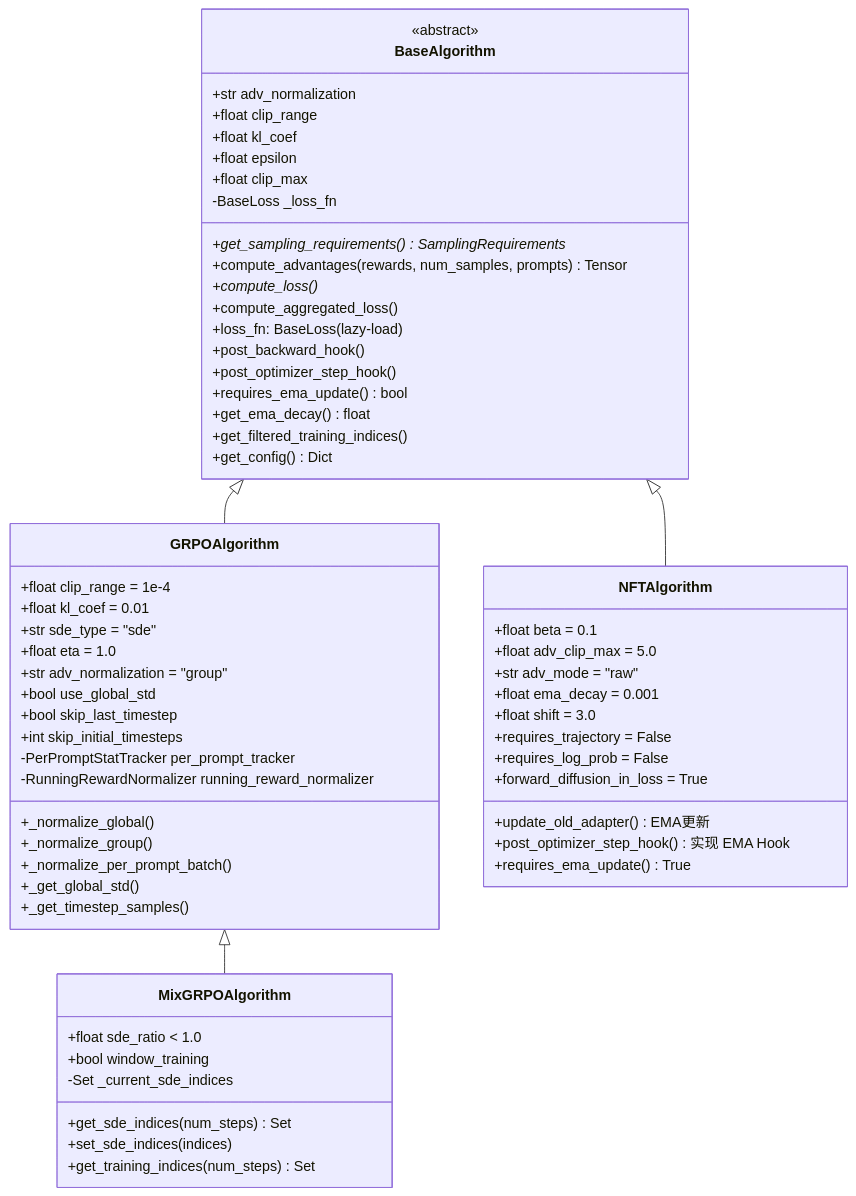
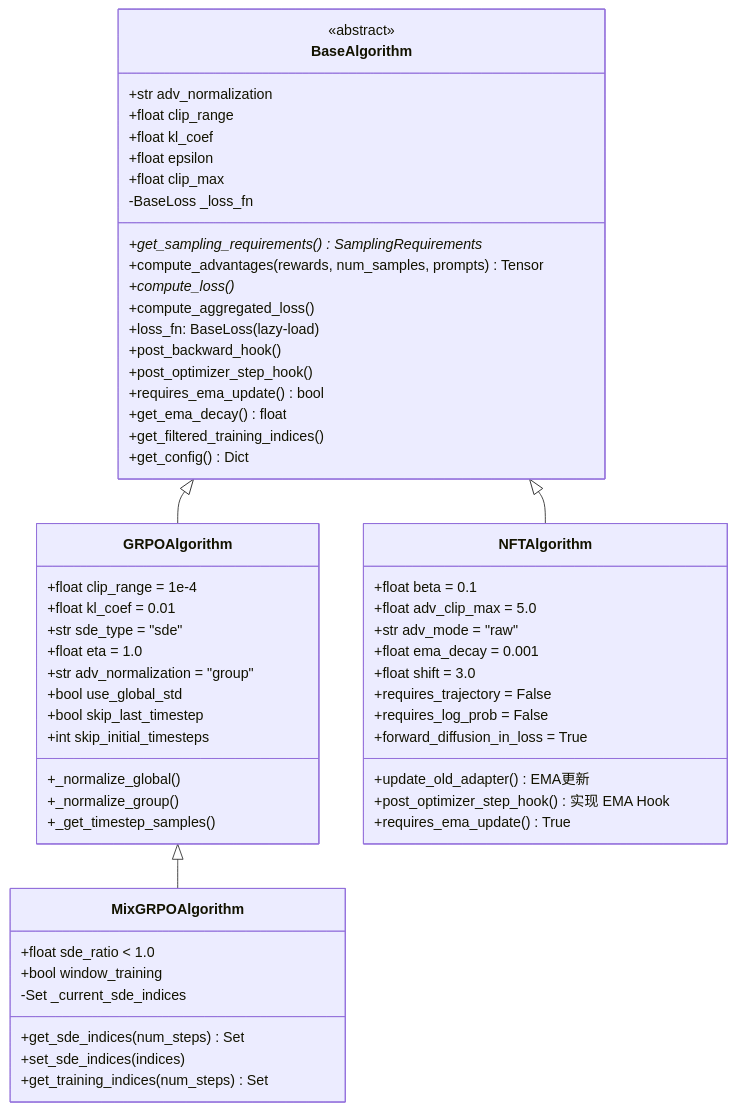
Before and after one commit to celve/unirl: the sixth of 27 diagrams in docs/Diffusion_RL_Design_Analysis.md, drawn with Mermaid. The commit also changed other lines of this file and 57 other files, not shown here.

````diff
--- a/docs/Diffusion_RL_Design_Analysis.md
+++ b/docs/Diffusion_RL_Design_Analysis.md
@@ -1115,68 +1109,64 @@
 ```mermaid
 classDiagram
     class BaseAlgorithm {
         <<abstract>>
         +str adv_normalization
         +float clip_range
         +float kl_coef
         +float epsilon
         +float clip_max
         -BaseLoss _loss_fn
         +get_sampling_requirements()* SamplingRequirements
         +compute_advantages(rewards, num_samples, prompts) Tensor
         +compute_loss()*
         +compute_aggregated_loss()
         +loss_fn: BaseLoss  (lazy-load)
         +post_backward_hook()
         +post_optimizer_step_hook()
         +requires_ema_update() bool
         +get_ema_decay() float
         +get_filtered_training_indices()
         +get_config() Dict
     }
 
     class GRPOAlgorithm {
         +float clip_range = 1e-4
         +float kl_coef = 0.01
         +str sde_type = "sde"
         +float eta = 1.0
         +str adv_normalization = "group"
         +bool use_global_std
         +bool skip_last_timestep
         +int skip_initial_timesteps
-        -PerPromptStatTracker per_prompt_tracker
-        -RunningRewardNormalizer running_reward_normalizer
         +_normalize_global()
         +_normalize_group()
-        +_normalize_per_prompt_batch()
-        +_get_global_std()
         +_get_timestep_samples()
     }
 
     class MixGRPOAlgorithm {
         +float sde_ratio < 1.0
         +bool window_training
         -Set _current_sde_indices
         +get_sde_indices(num_steps) Set
         +set_sde_indices(indices)
         +get_training_indices(num_steps) Set
     }
 
     class NFTAlgorithm {
         +float beta = 0.1
         +float adv_clip_max = 5.0
         +str adv_mode = "raw"
         +float ema_decay = 0.001
         +float shift = 3.0
         +requires_trajectory = False
         +requires_log_prob = False
         +forward_diffusion_in_loss = True
         +update_old_adapter() EMA更新
         +post_optimizer_step_hook() 实现 EMA Hook
         +requires_ema_update() True
     }
 
     BaseAlgorithm <|-- GRPOAlgorithm
     GRPOAlgorithm <|-- MixGRPOAlgorithm
     BaseAlgorithm <|-- NFTAlgorithm
 ```
````
